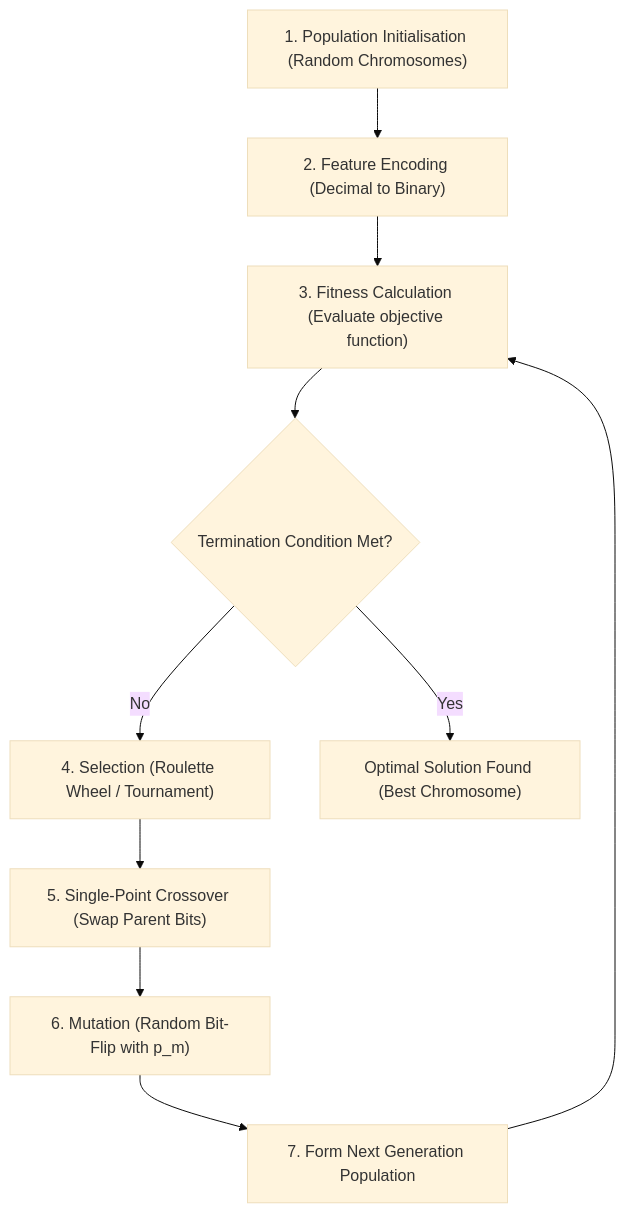
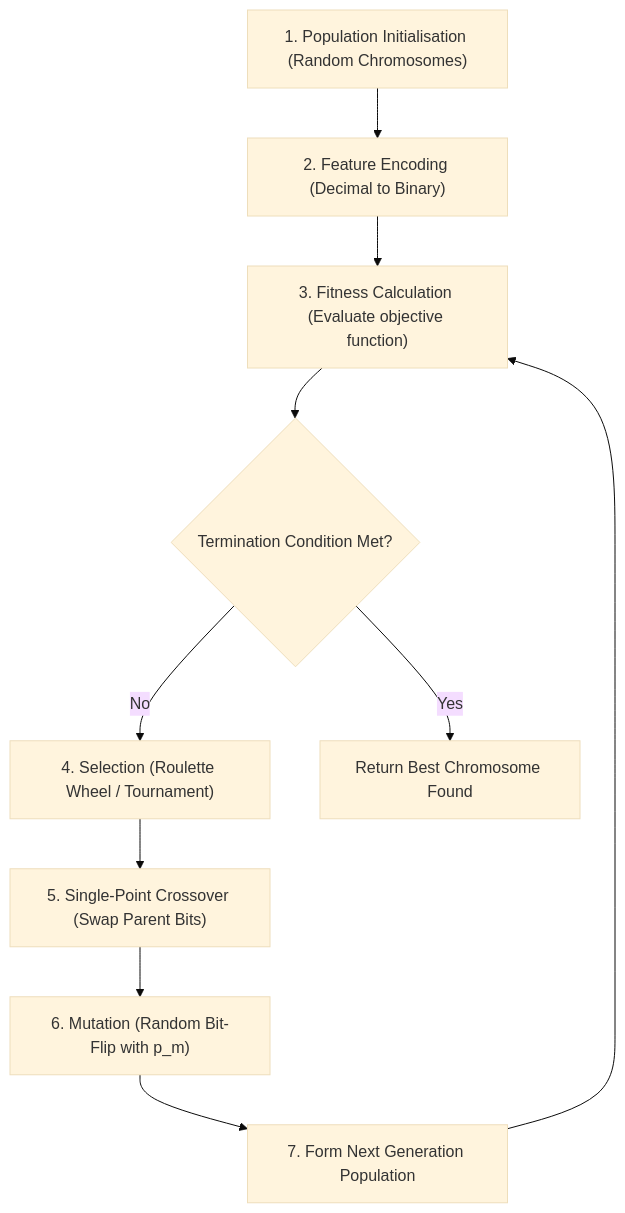
The first of 3 diagrams in src/lab3.md (robotictang/CSC3034), drawn with Mermaid (base theme) before and after one commit. The commit also changed other lines of this file and 109 other files, not shown here.

````diff
--- a/src/lab3.md
+++ b/src/lab3.md
@@ -43,12 +43,12 @@
 ```mermaid
 graph TD
     Init["1. Population Initialisation (Random Chromosomes)"] --> Enc["2. Feature Encoding (Decimal to Binary)"]
     Enc --> Fit["3. Fitness Calculation (Evaluate objective function)"]
     Fit --> Check{"Termination Condition Met?"}
     Check -->|No| Sel["4. Selection (Roulette Wheel / Tournament)"]
     Sel --> Cross["5. Single-Point Crossover (Swap Parent Bits)"]
     Cross --> Mut["6. Mutation (Random Bit-Flip with p_m)"]
     Mut --> Next["7. Form Next Generation Population"]
     Next --> Fit
-    Check -->|Yes| End["Optimal Solution Found (Best Chromosome)"]
+    Check -->|Yes| End["Return Best Chromosome Found"]
 ```
````
